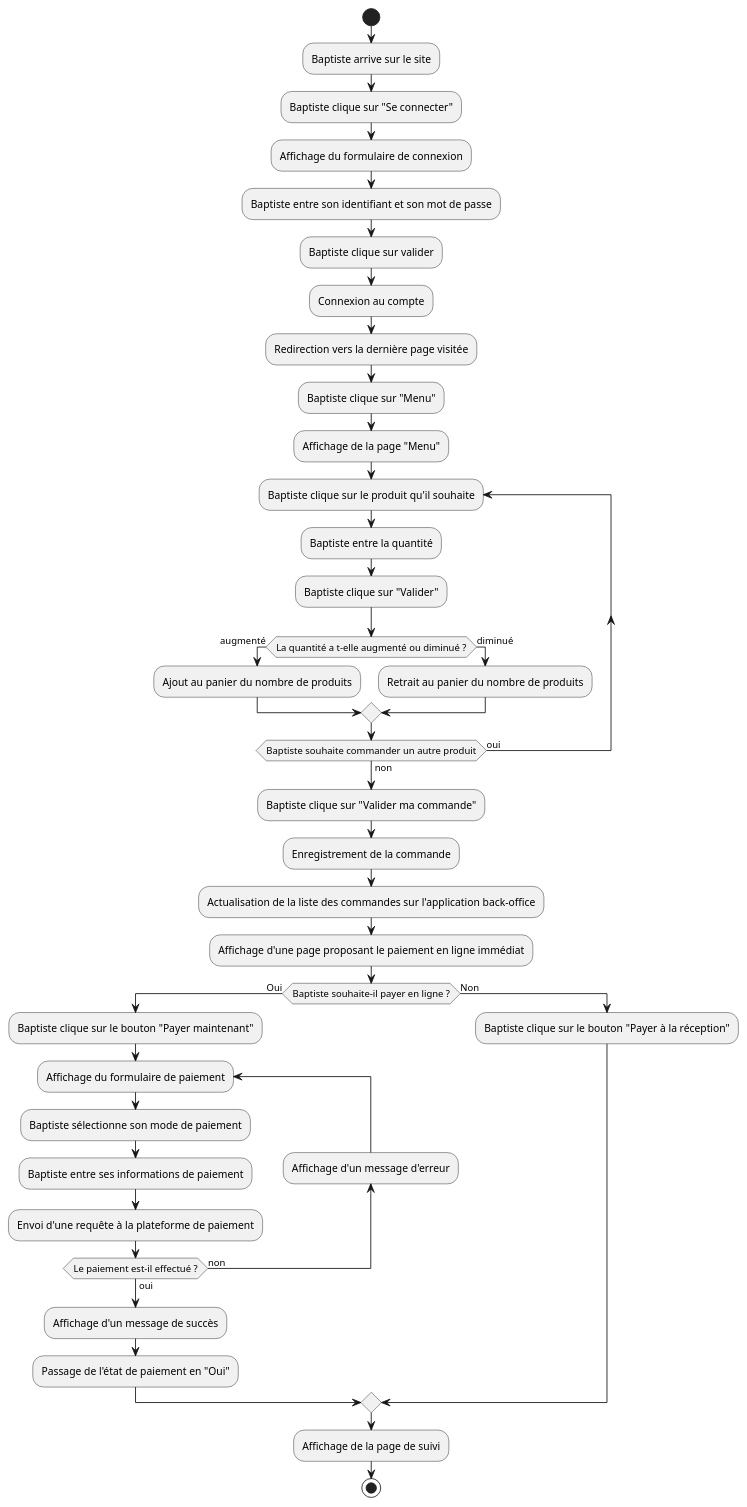
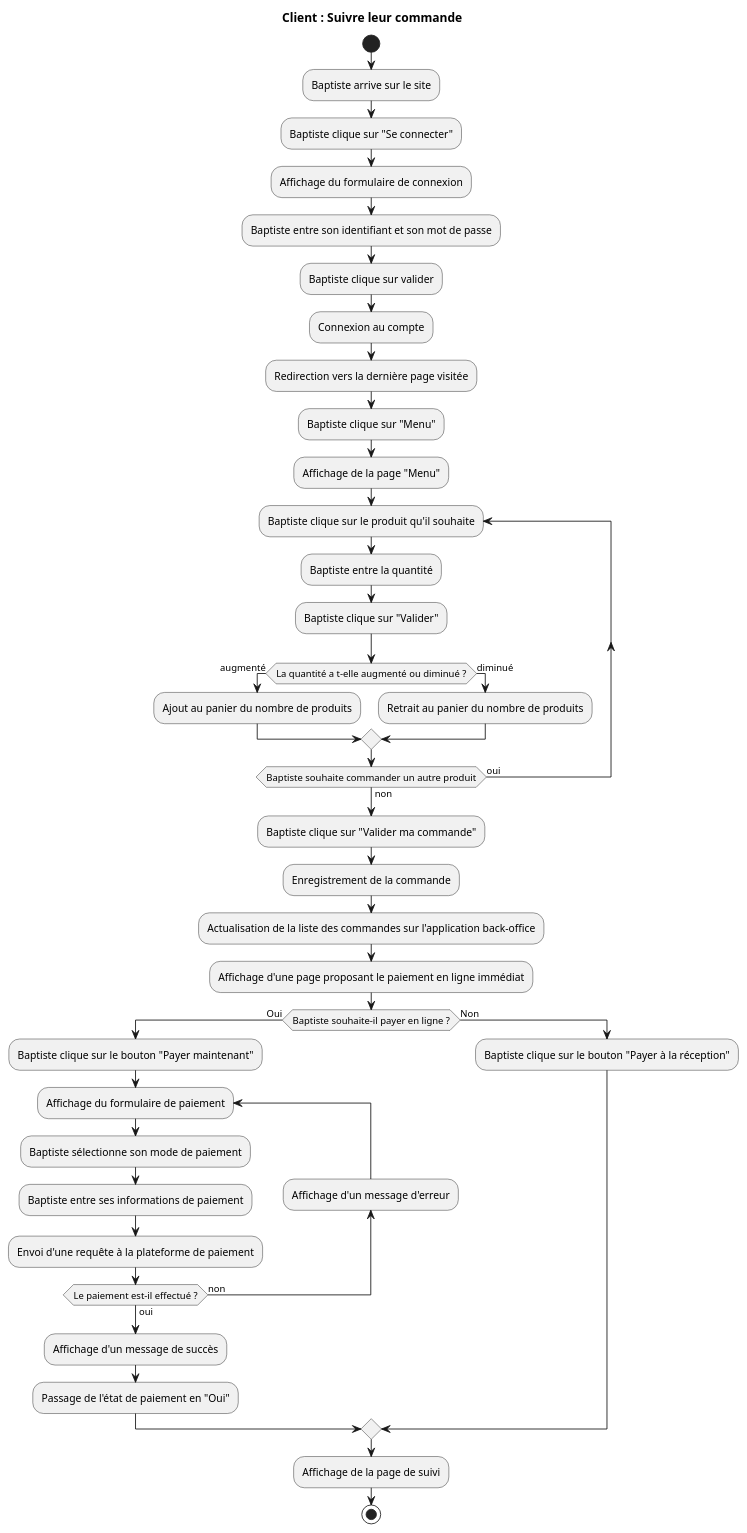
The diagram in diagrams/client_track_order.puml (Gumpah/project_6), drawn with PlantUML before and after one commit. The commit also changed 25 other files, not shown here.

Commit message:
Adding title to diagrams

```diff
--- a/diagrams/client_track_order.puml
+++ b/diagrams/client_track_order.puml
@@ -1,54 +1,56 @@
 @startuml
 'https://plantuml.com/activity-diagram-beta
+
+title Client : Suivre leur commande
 
 start
 
 :Baptiste arrive sur le site;
 :Baptiste clique sur "Se connecter";
 :Affichage du formulaire de connexion;
 :Baptiste entre son identifiant et son mot de passe;
 :Baptiste clique sur valider;
 :Connexion au compte;
 :Redirection vers la dernière page visitée;
 :Baptiste clique sur "Menu";
 :Affichage de la page "Menu";
 
 repeat :Baptiste clique sur le produit qu'il souhaite;
     :Baptiste entre la quantité;
     :Baptiste clique sur "Valider";
 
     if (La quantité a t-elle augmenté ou diminué ?) then (augmenté)
         :Ajout au panier du nombre de produits;
     else (diminué)
         :Retrait au panier du nombre de produits;
     endif
 
 repeat while (Baptiste souhaite commander un autre produit) is (oui) not (non)
 
 :Baptiste clique sur "Valider ma commande";
 :Enregistrement de la commande;
 :Actualisation de la liste des commandes sur l'application back-office;
 :Affichage d'une page proposant le paiement en ligne immédiat;
 
 if (Baptiste souhaite-il payer en ligne ?) then (Oui)
     :Baptiste clique sur le bouton "Payer maintenant";
 
     repeat :Affichage du formulaire de paiement;
         :Baptiste sélectionne son mode de paiement;
         :Baptiste entre ses informations de paiement;
         :Envoi d'une requête à la plateforme de paiement;
         backward:Affichage d'un message d'erreur;
     repeat while (Le paiement est-il effectué ?) is (non) not (oui)
 
     :Affichage d'un message de succès;
     :Passage de l'état de paiement en "Oui";
 
 else (Non)
     :Baptiste clique sur le bouton "Payer à la réception";
 endif
 
 :Affichage de la page de suivi;
 
 stop
 
 @enduml
```
